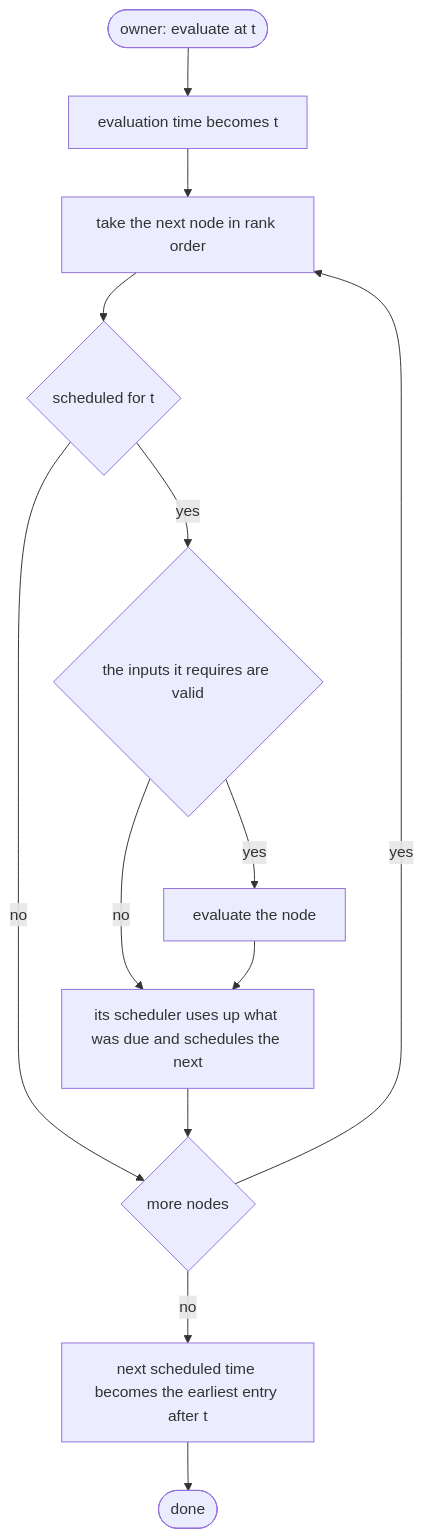
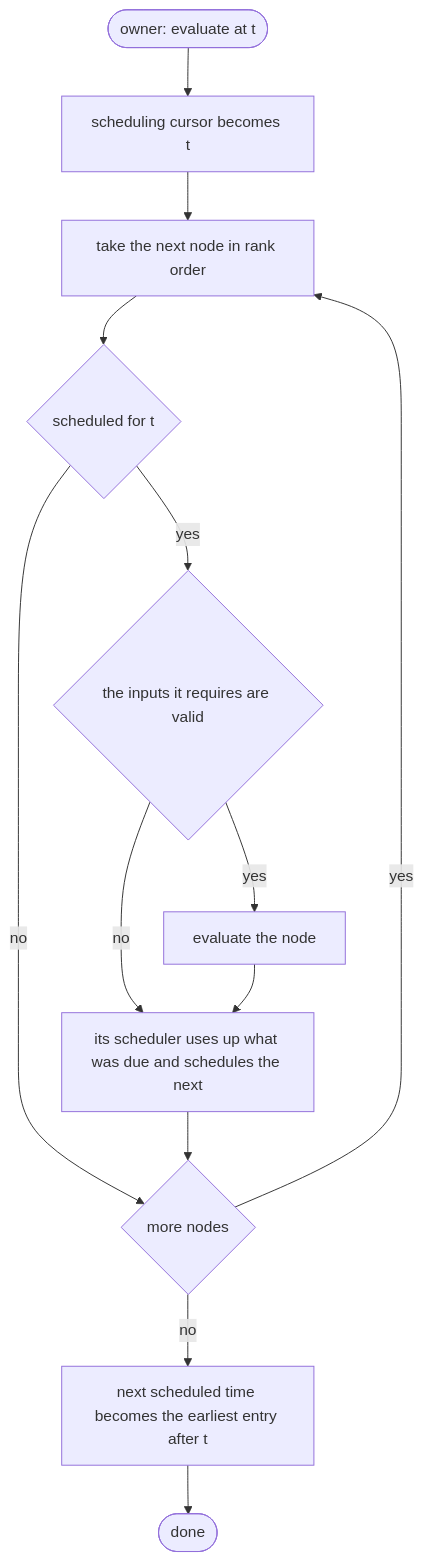
Before and after one commit to hhenson/hgraph_spec: the fifth of 5 diagrams in runtime/graph.md, drawn with Mermaid. The commit also changed other lines of this file and 3 other files, not shown here.

Commit message:
Distinguish clock evaluation time from graph scheduling progress

````diff
--- a/runtime/graph.md
+++ b/runtime/graph.md
@@ -371,15 +383,15 @@
 ```mermaid
 flowchart TD
-    A(["owner: evaluate at t"]) --> B["evaluation time becomes t"]
+    A(["owner: evaluate at t"]) --> B["scheduling cursor becomes t"]
     B --> C["take the next node in rank order"]
     C --> D{"scheduled for t"}
     D -- "no" --> H{"more nodes"}
     D -- "yes" --> E{"the inputs it requires are valid"}
     E -- "no" --> G["its scheduler uses up what was due and schedules the next"]
     E -- "yes" --> F["evaluate the node"]
     F --> G
     G --> H
     H -- "yes" --> C
     H -- "no" --> I["next scheduled time becomes the earliest entry after t"]
     I --> J(["done"])
 ```
````
